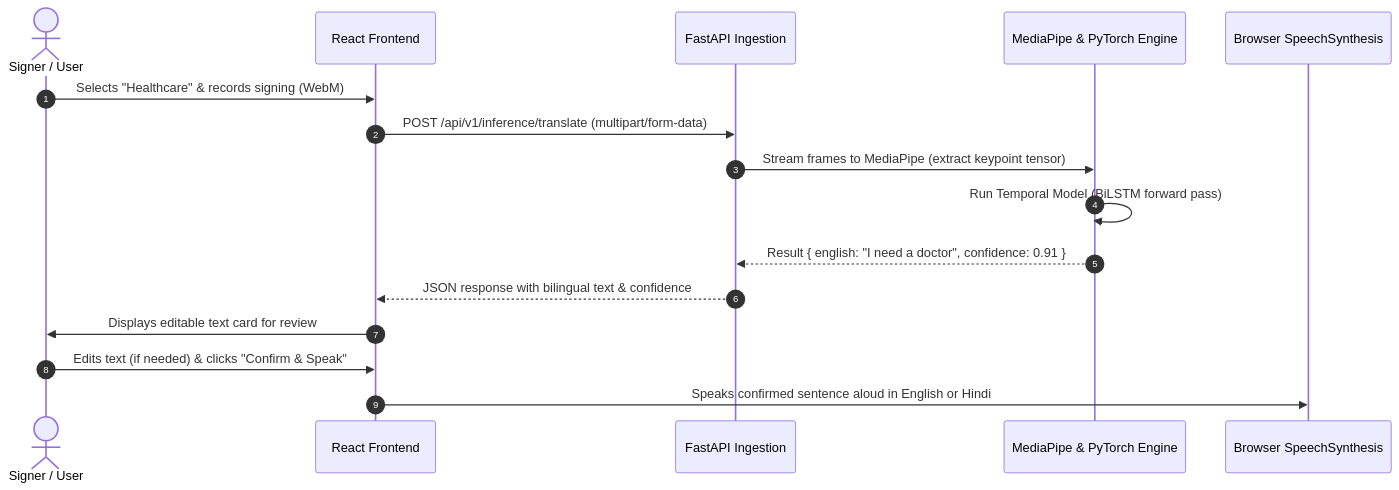
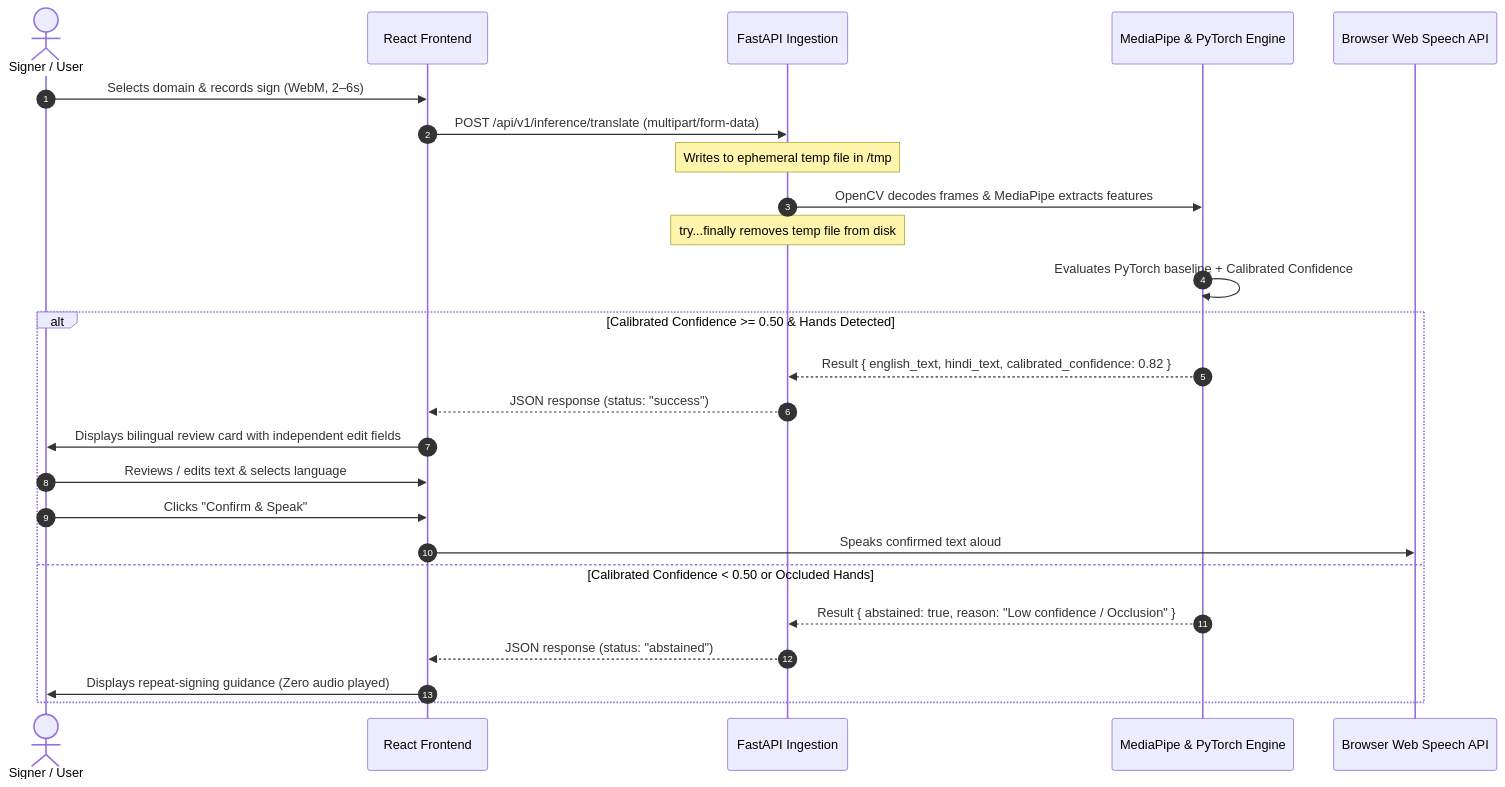
The first of 2 diagrams in docs/implementation-plan/06-integration-testing-deployment.md (sengarbhoomi22-bot/SignBridge-Ai), drawn with Mermaid before and after one commit. The commit also changed other lines of this file and 5 other files, not shown here.

````diff
--- a/docs/implementation-plan/06-integration-testing-deployment.md
+++ b/docs/implementation-plan/06-integration-testing-deployment.md
@@ -66,19 +76,28 @@
 ```mermaid
 sequenceDiagram
     autonumber
     actor User as Signer / User
     participant Browser as React Frontend
     participant API as FastAPI Ingestion
     participant Worker as MediaPipe & PyTorch Engine
-    participant TTS as Browser SpeechSynthesis
+    participant TTS as Browser Web Speech API
 
-    User->>Browser: Selects "Healthcare" & records signing (WebM)
+    User->>Browser: Selects domain & records sign (WebM, 2–6s)
     Browser->>API: POST /api/v1/inference/translate (multipart/form-data)
-    API->>Worker: Stream frames to MediaPipe (extract keypoint tensor)
-    Worker->>Worker: Run Temporal Model (BiLSTM forward pass)
-    Worker-->>API: Result { english: "I need a doctor", confidence: 0.91 }
-    API-->>Browser: JSON response with bilingual text & confidence
-    Browser->>User: Displays editable text card for review
-    User->>Browser: Edits text (if needed) & clicks "Confirm & Speak"
-    Browser->>TTS: Speaks confirmed sentence aloud in English or Hindi
+    Note over API: Writes to ephemeral temp file in /tmp
+    API->>Worker: OpenCV decodes frames & MediaPipe extracts features
+    Note over API: try...finally removes temp file from disk
+    Worker->>Worker: Evaluates PyTorch baseline + Calibrated Confidence
+    alt Calibrated Confidence >= 0.50 & Hands Detected
+        Worker-->>API: Result { english_text, hindi_text, calibrated_confidence: 0.82 }
+        API-->>Browser: JSON response (status: "success")
+        Browser->>User: Displays bilingual review card with independent edit fields
+        User->>Browser: Reviews / edits text & selects language
+        User->>Browser: Clicks "Confirm & Speak"
+        Browser->>TTS: Speaks confirmed text aloud
+    else Calibrated Confidence < 0.50 or Occluded Hands
+        Worker-->>API: Result { abstained: true, reason: "Low confidence / Occlusion" }
+        API-->>Browser: JSON response (status: "abstained")
+        Browser->>User: Displays repeat-signing guidance (Zero audio played)
+    end
 ```
````
